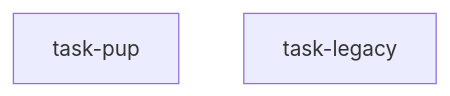
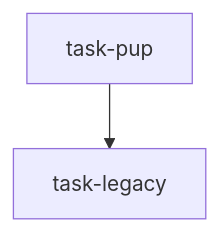
The diagram in tests/fixtures/acceptance-criteria/should-warn/s15-untouched-file-in-own-scope.md (BrettNye/parallel-dag-execution), drawn with Mermaid before and after one commit. The commit also changed other lines of this file and 5 other files, not shown here.

````diff
--- a/tests/fixtures/acceptance-criteria/should-warn/s15-untouched-file-in-own-scope.md
+++ b/tests/fixtures/acceptance-criteria/should-warn/s15-untouched-file-in-own-scope.md
@@ -31,5 +40,4 @@
 ```mermaid
 flowchart TD
-    task-pup["task-pup"]
-    task-legacy["task-legacy"]
+    task-pup["task-pup"] --> task-legacy["task-legacy"]
 ```
````
